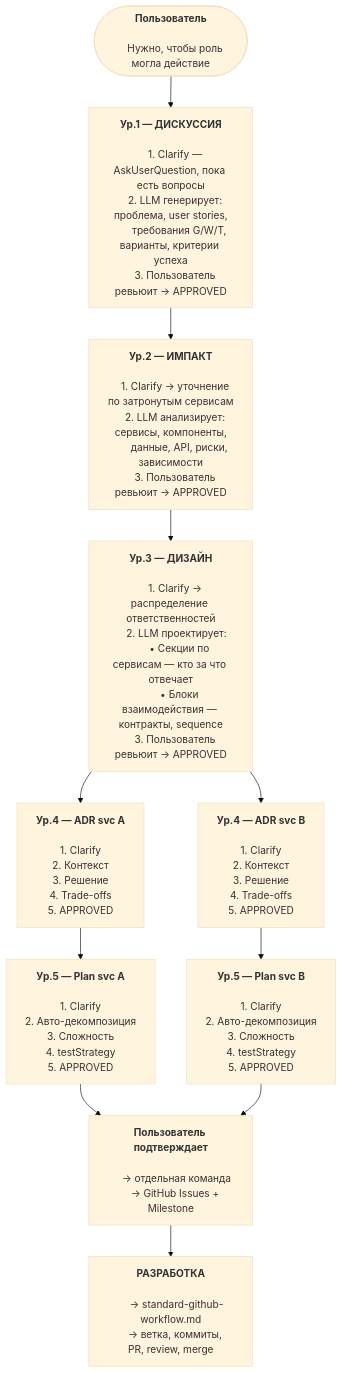
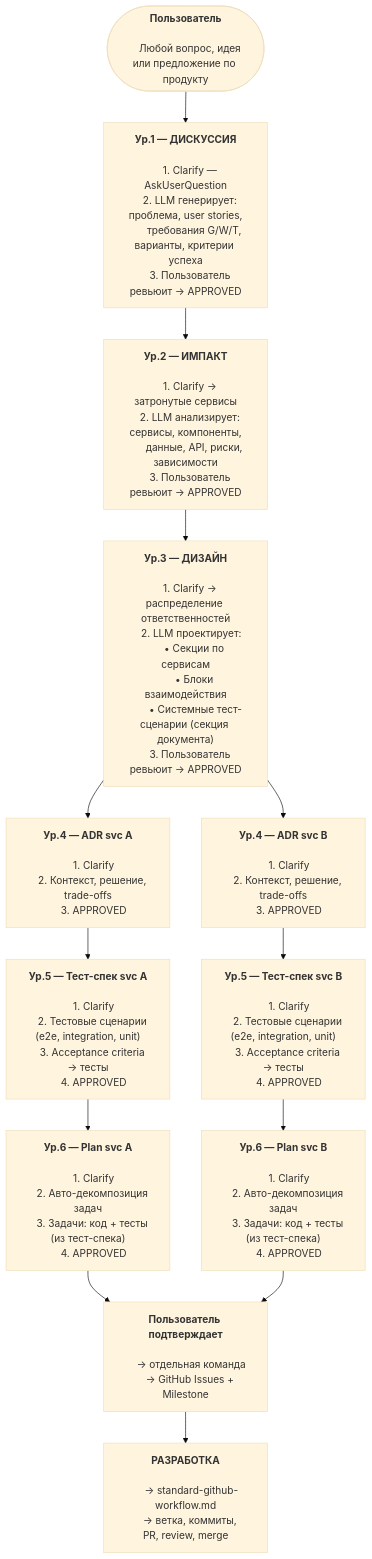
One commit to NSEvteev/FullSpec changed the second of 5 diagrams in .claude/drafts/2026-02-08-specs-architecture.md. Above: the diagram before and after it, drawn with Mermaid (base theme). The commit also changed other lines of this file and 1 other file, not shown here.

```diff
--- a/.claude/drafts/2026-02-08-specs-architecture.md
+++ b/.claude/drafts/2026-02-08-specs-architecture.md
@@ -182,18 +193,18 @@
 graph TD
     USER(["<b>Пользователь</b>
 
-    Нужно, чтобы роль могла действие"])
+    Любой вопрос, идея или предложение по продукту"])
 
     DISC["<b>Ур.1 — ДИСКУССИЯ</b>
 
-    1. Clarify — AskUserQuestion, пока есть вопросы
+    1. Clarify — AskUserQuestion
     2. LLM генерирует: проблема, user stories,
        требования G/W/T, варианты, критерии успеха
     3. Пользователь ревьюит → APPROVED"]
 
     IMP["<b>Ур.2 — ИМПАКТ</b>
 
-    1. Clarify → уточнение по затронутым сервисам
+    1. Clarify → затронутые сервисы
     2. LLM анализирует: сервисы, компоненты,
        данные, API, риски, зависимости
     3. Пользователь ревьюит → APPROVED"]
@@ -202,41 +213,50 @@
 
     1. Clarify → распределение ответственностей
     2. LLM проектирует:
-       • Секции по сервисам — кто за что отвечает
-       • Блоки взаимодействия — контракты, sequence
+       • Секции по сервисам
+       • Блоки взаимодействия
+       • Системные тест-сценарии (секция документа)
     3. Пользователь ревьюит → APPROVED"]
 
     ADRA["<b>Ур.4 — ADR svc A</b>
 
     1. Clarify
-    2. Контекст
-    3. Решение
-    4. Trade-offs
-    5. APPROVED"]
+    2. Контекст, решение, trade-offs
+    3. APPROVED"]
 
     ADRB["<b>Ур.4 — ADR svc B</b>
 
     1. Clarify
-    2. Контекст
-    3. Решение
-    4. Trade-offs
-    5. APPROVED"]
+    2. Контекст, решение, trade-offs
+    3. APPROVED"]
 
-    PLANA["<b>Ур.5 — Plan svc A</b>
+    TESTA["<b>Ур.5 — Тест-спек svc A</b>
 
     1. Clarify
-    2. Авто-декомпозиция
-    3. Сложность
-    4. testStrategy
-    5. APPROVED"]
+    2. Тестовые сценарии (e2e, integration, unit)
+    3. Acceptance criteria → тесты
+    4. APPROVED"]
 
-    PLANB["<b>Ур.5 — Plan svc B</b>
+    TESTB["<b>Ур.5 — Тест-спек svc B</b>
 
     1. Clarify
-    2. Авто-декомпозиция
-    3. Сложность
-    4. testStrategy
-    5. APPROVED"]
+    2. Тестовые сценарии (e2e, integration, unit)
+    3. Acceptance criteria → тесты
+    4. APPROVED"]
+
+    PLANA["<b>Ур.6 — Plan svc A</b>
+
+    1. Clarify
+    2. Авто-декомпозиция задач
+    3. Задачи: код + тесты (из тест-спека)
+    4. APPROVED"]
+
+    PLANB["<b>Ур.6 — Plan svc B</b>
+
+    1. Clarify
+    2. Авто-декомпозиция задач
+    3. Задачи: код + тесты (из тест-спека)
+    4. APPROVED"]
 
     CONFIRM["<b>Пользователь подтверждает</b>
 
@@ -253,8 +273,10 @@
     IMP --> DES
     DES --> ADRA
     DES --> ADRB
-    ADRA --> PLANA
-    ADRB --> PLANB
+    ADRA --> TESTA
+    ADRB --> TESTB
+    TESTA --> PLANA
+    TESTB --> PLANB
     PLANA --> CONFIRM
     PLANB --> CONFIRM
     CONFIRM --> DEVX
```
